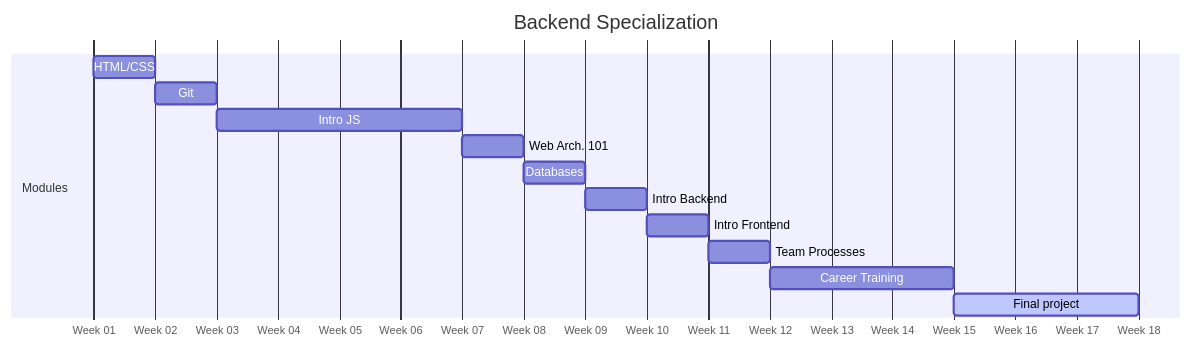
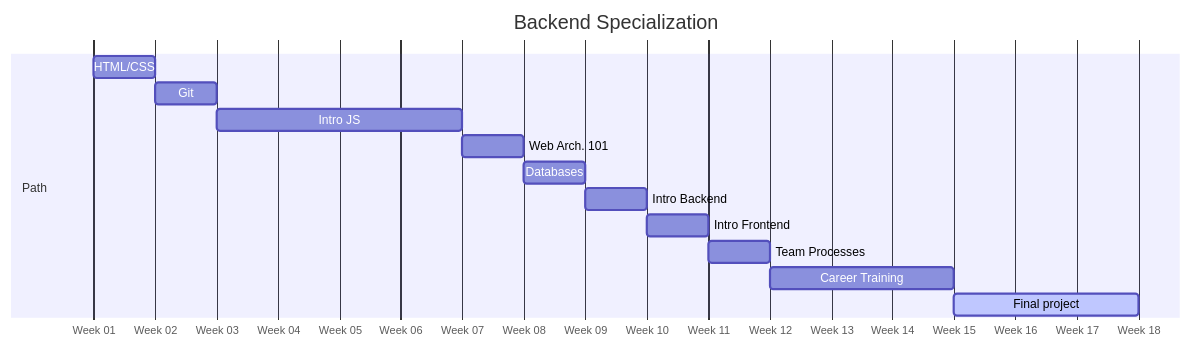
One commit to HackYourFuture-CPH/program changed the diagram in courses/Foundation/README.md. Above: the diagram before and after it, drawn with Mermaid.

````diff
--- a/courses/Foundation/README.md
+++ b/courses/Foundation/README.md
@@ -8,18 +8,18 @@
 ```mermaid
 gantt
     title Backend Specialization
     dateFormat  YYYY-MM-DD
     axisFormat  Week %U
 
-    section Modules
+    section Path
     HTML/CSS            :a1, 2025-01-05, 1w
     Git                 :a2, after a1, 1w
     Intro JS            :a3, after a2, 4w
     Web Arch. 101       :a4, after a3, 1w
     Databases           :a5, after a4, 1w
     Intro Backend       :a6, after a5, 1w
     Intro Frontend      :a7, after a6, 1w
     Team Processes      :a8, after a7, 1w
     Career Training     :a9, after a8, 3w
     Final project       :active, a10, after a9, 3w
 ```
````
